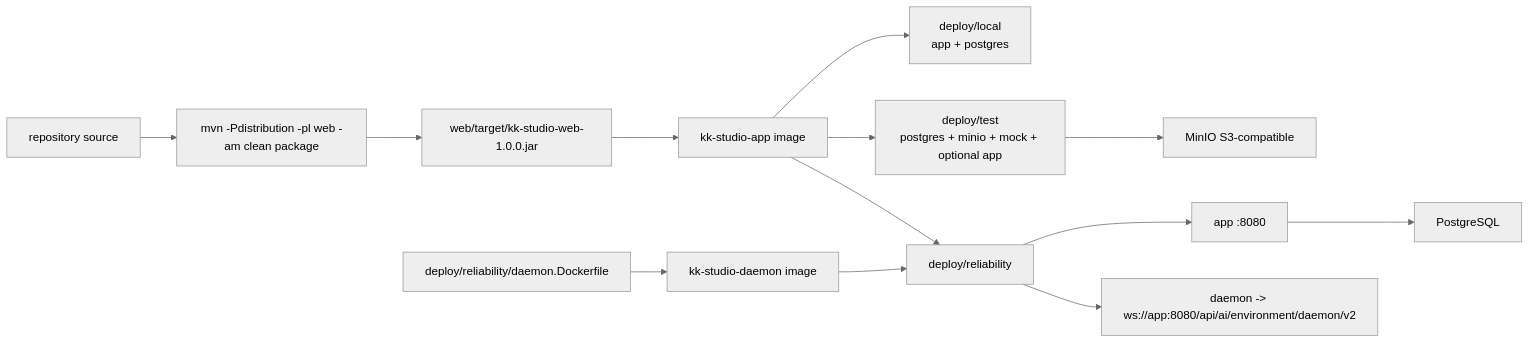
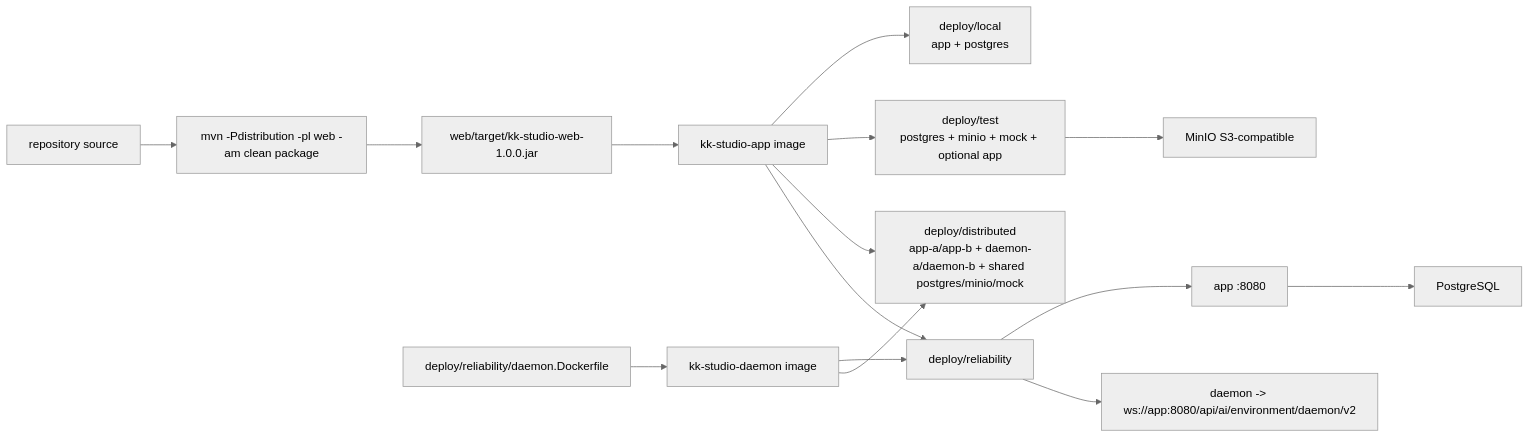
The diagram in docs/operations/deployment.md (fengwk/kk-studio), drawn with Mermaid (neutral theme) before and after one commit. The commit also changed other lines of this file and 10 other files, not shown here.

````diff
--- a/docs/operations/deployment.md
+++ b/docs/operations/deployment.md
@@ -31,15 +31,17 @@
 ```mermaid
 flowchart LR
   Source["repository source"] --> Maven["mvn -Pdistribution -pl web -am clean package"]
   Maven --> Jar["web/target/kk-studio-web-1.0.0.jar"]
   Jar --> AppImage["kk-studio-app image"]
   AppImage --> Local["deploy/local<br/>app + postgres"]
   AppImage --> Test["deploy/test<br/>postgres + minio + mock + optional app"]
+  AppImage --> Distributed["deploy/distributed<br/>app-a/app-b + daemon-a/daemon-b + shared postgres/minio/mock"]
   DaemonBuild["deploy/reliability/daemon.Dockerfile"] --> DaemonImage["kk-studio-daemon image"]
   AppImage --> Reliability["deploy/reliability"]
   DaemonImage --> Reliability
+  DaemonImage --> Distributed
   Reliability --> App["app :8080"]
   Reliability --> Daemon["daemon -> ws://app:8080/api/ai/environment/daemon/v2"]
   App --> PG["PostgreSQL"]
   Test --> S3["MinIO S3-compatible"]
 ```
````
